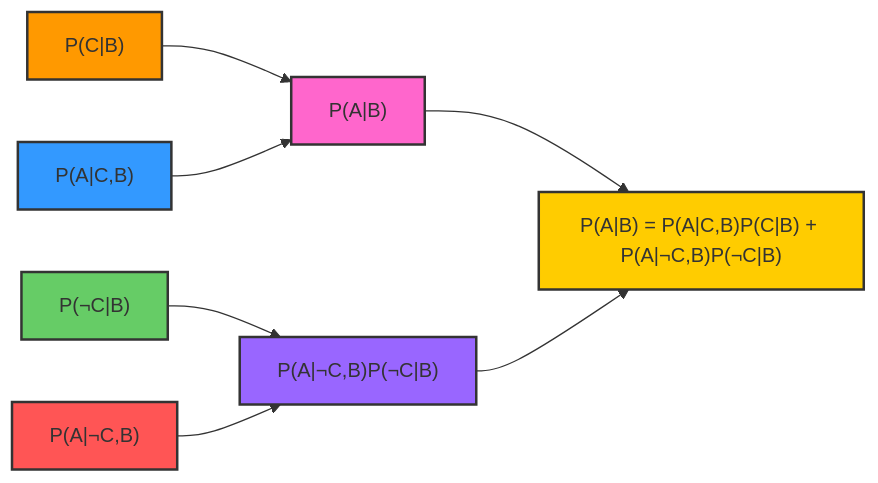
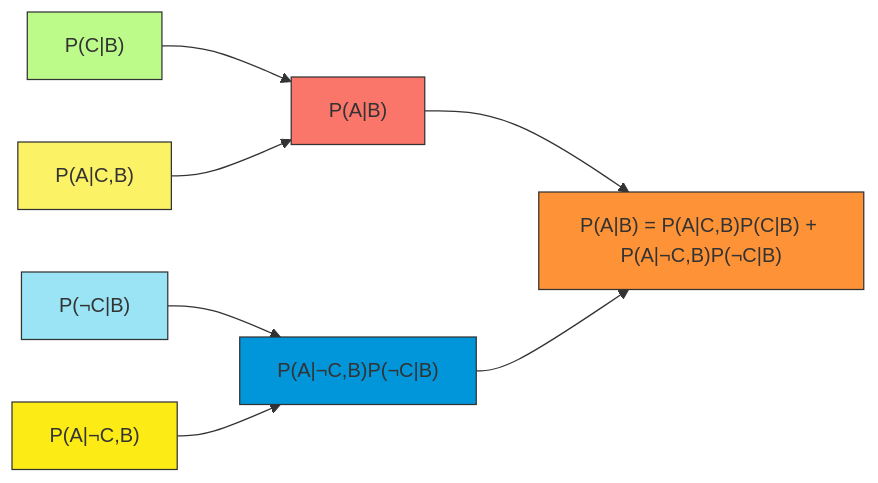
The seventh of 23 diagrams in C_2.md (Chaklader/part-of-speech-tagging), drawn with Mermaid before and after one commit. The commit also changed other lines of this file, not shown here.

````diff
--- a/C_2.md
+++ b/C_2.md
@@ -436,16 +450,16 @@
 ```mermaid
 graph LR
     A["P(C|B)"] --> C["P(A|B)"]
     B["P(A|C,B)"] --> C
     D["P(¬C|B)"] --> E["P(A|¬C,B)P(¬C|B)"]
     F["P(A|¬C,B)"] --> E
     C --> G["P(A|B) = P(A|C,B)P(C|B) + P(A|¬C,B)P(¬C|B)"]
     E --> G
-    style A fill:#ff9900,stroke:#333,stroke-width:2px
-    style B fill:#3399ff,stroke:#333,stroke-width:2px
-    style C fill:#ff66cc,stroke:#333,stroke-width:2px
-    style D fill:#66cc66,stroke:#333,stroke-width:2px
-    style E fill:#9966ff,stroke:#333,stroke-width:2px
-    style F fill:#ff5555,stroke:#333,stroke-width:2px
-    style G fill:#ffcc00,stroke:#333,stroke-width:2px
+style A fill:#BCFB89,stroke:#333,stroke-width:1px
+  style B fill:#FBF266,stroke:#333,stroke-width:1px
+  style C fill:#FA756A,stroke:#333,stroke-width:1px
+  style D fill:#9AE4F5,stroke:#333,stroke-width:1px
+  style E fill:#0096D9,stroke:#333,stroke-width:1px
+  style F fill:#FCEB14,stroke:#333,stroke-width:1px
+  style G fill:#FE9237,stroke:#333,stroke-width:1px
 ```
````
